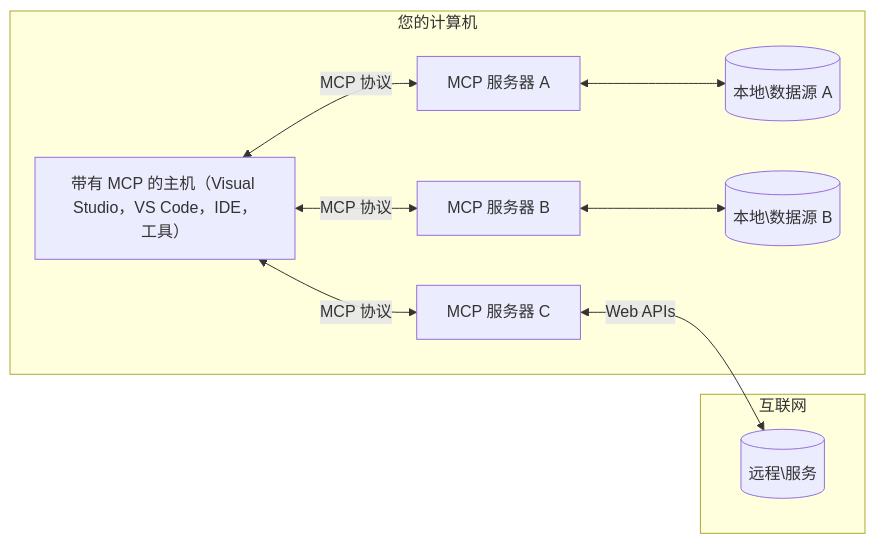
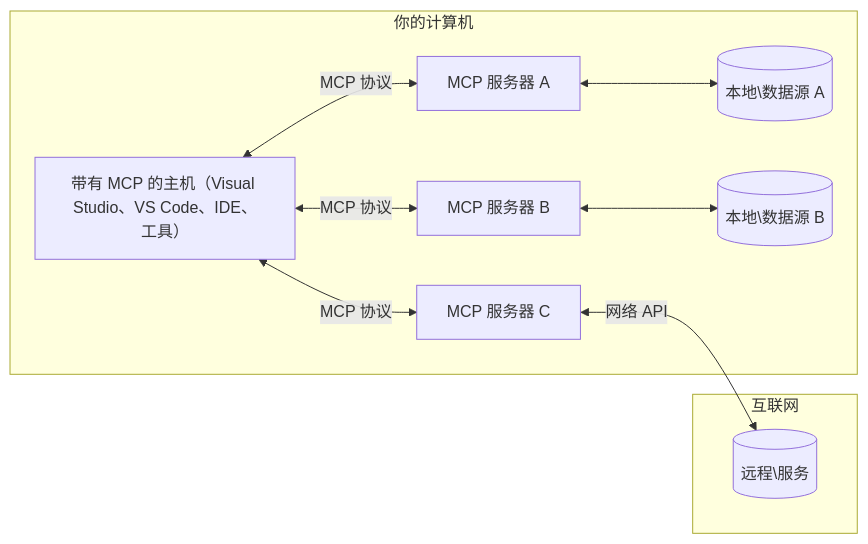
The diagram in translations/zh-CN/01-CoreConcepts/README.md (Mu-L/mcp-for-beginners), drawn with Mermaid before and after one commit. The commit also changed other lines of this file and 5 other files, not shown here.

````diff
--- a/translations/zh-CN/01-CoreConcepts/README.md
+++ b/translations/zh-CN/01-CoreConcepts/README.md
@@ -45,17 +45,17 @@
 ```mermaid
 flowchart LR
-    subgraph "您的计算机"
-        Host["带有 MCP 的主机（Visual Studio，VS Code，IDE，工具）"]
+    subgraph "你的计算机"
+        Host["带有 MCP 的主机（Visual Studio、VS Code、IDE、工具）"]
         S1["MCP 服务器 A"]
         S2["MCP 服务器 B"]
         S3["MCP 服务器 C"]
         Host <-->|"MCP 协议"| S1
         Host <-->|"MCP 协议"| S2
         Host <-->|"MCP 协议"| S3
         S1 <--> D1[("本地\数据源 A")]
         S2 <--> D2[("本地\数据源 B")]
     end
     subgraph "互联网"
-        S3 <-->|"Web APIs"| D3[("远程\服务")]
+        S3 <-->|"网络 API"| D3[("远程\服务")]
     end
 ```
````
